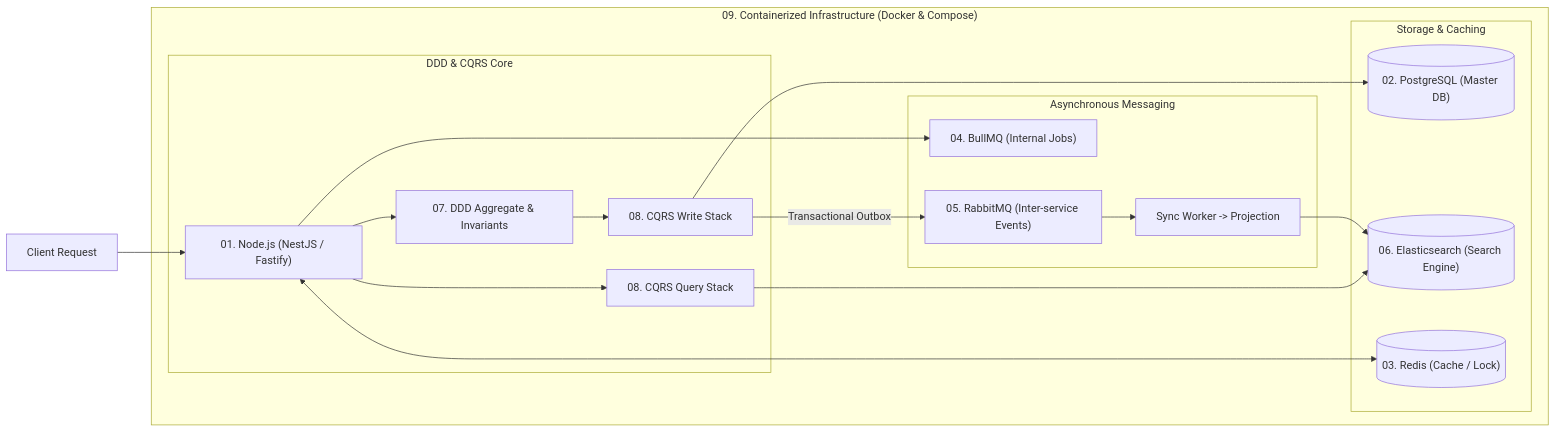
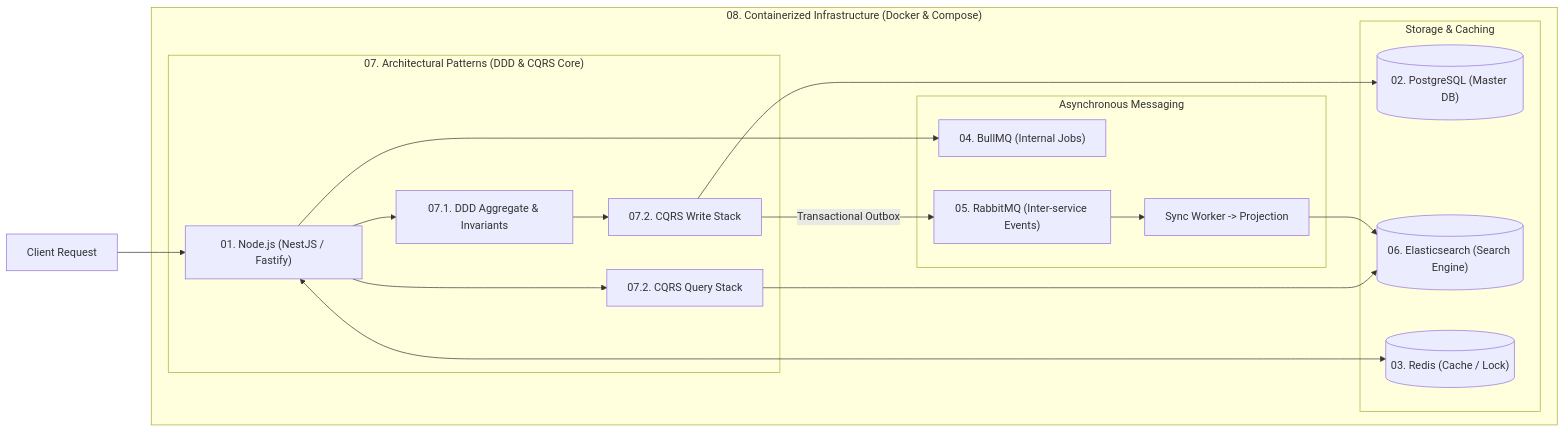
The diagram in README.md (NDQuynh25/interview), drawn with Mermaid before and after one commit. The commit also changed other lines of this file and 5 other files, not shown here.

Commit message:
feat: add CQRS architecture documentation and reorganize directory structure for architectural patterns and Docker

````diff
--- a/README.md
+++ b/README.md
@@ -26,25 +25,25 @@
 ```mermaid
 flowchart LR
     Client["Client Request"] --> NodeApp["01. Node.js (NestJS / Fastify)"]
     
-    subgraph DockerEnv ["09. Containerized Infrastructure (Docker & Compose)"]
-        subgraph "DDD & CQRS Core"
-            NodeApp --> DDD["07. DDD Aggregate & Invariants"]
-            DDD --> CQRS_W["08. CQRS Write Stack"]
-            NodeApp --> CQRS_R["08. CQRS Query Stack"]
+    subgraph DockerEnv ["08. Containerized Infrastructure (Docker & Compose)"]
+        subgraph ArchPatterns ["07. Architectural Patterns (DDD & CQRS Core)"]
+            NodeApp --> DDD["07.1. DDD Aggregate & Invariants"]
+            DDD --> CQRS_W["07.2. CQRS Write Stack"]
+            NodeApp --> CQRS_R["07.2. CQRS Query Stack"]
         end
         
         subgraph "Storage & Caching"
             CQRS_W --> Postgres[("02. PostgreSQL (Master DB)")]
             CQRS_R --> Elastic[("06. Elasticsearch (Search Engine)")]
             NodeApp <--> Redis[("03. Redis (Cache / Lock)")]
         end
         
         subgraph "Asynchronous Messaging"
             NodeApp --> BullMQ["04. BullMQ (Internal Jobs)"]
             CQRS_W -- "Transactional Outbox" --> RabbitMQ["05. RabbitMQ (Inter-service Events)"]
             RabbitMQ --> ElasticSync["Sync Worker -> Projection"]
             ElasticSync --> Elastic
         end
     end
 ```
````
